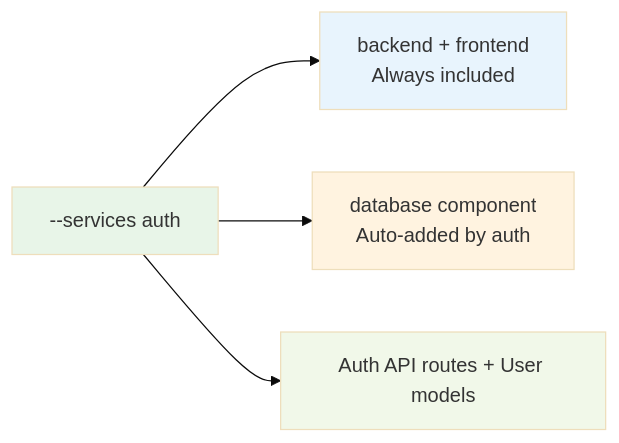
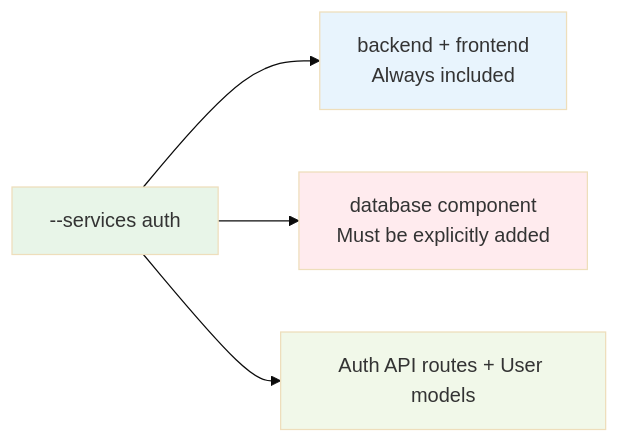
One commit to bhardwajRahul/aegis-stack changed the diagram in docs/cli-reference.md. Above: the diagram before and after it, drawn with Mermaid (base theme). The commit also changed other lines of this file and 18 other files, not shown here.

````diff
--- a/docs/cli-reference.md
+++ b/docs/cli-reference.md
@@ -71,11 +71,11 @@
 ```mermaid
 graph LR
     Service["--services auth"] --> Core["backend + frontend<br/>Always included"]
-    Service --> Database["database component<br/>Auto-added by auth"]
+    Service --> Database["database component<br/>Must be explicitly added"]
     Service --> AuthFiles["Auth API routes + User models"]
 
     style Service fill:#e8f5e8
     style Core fill:#e8f4fd
-    style Database fill:#fff3e0
+    style Database fill:#ffebee
     style AuthFiles fill:#f1f8e9
 ```
````
